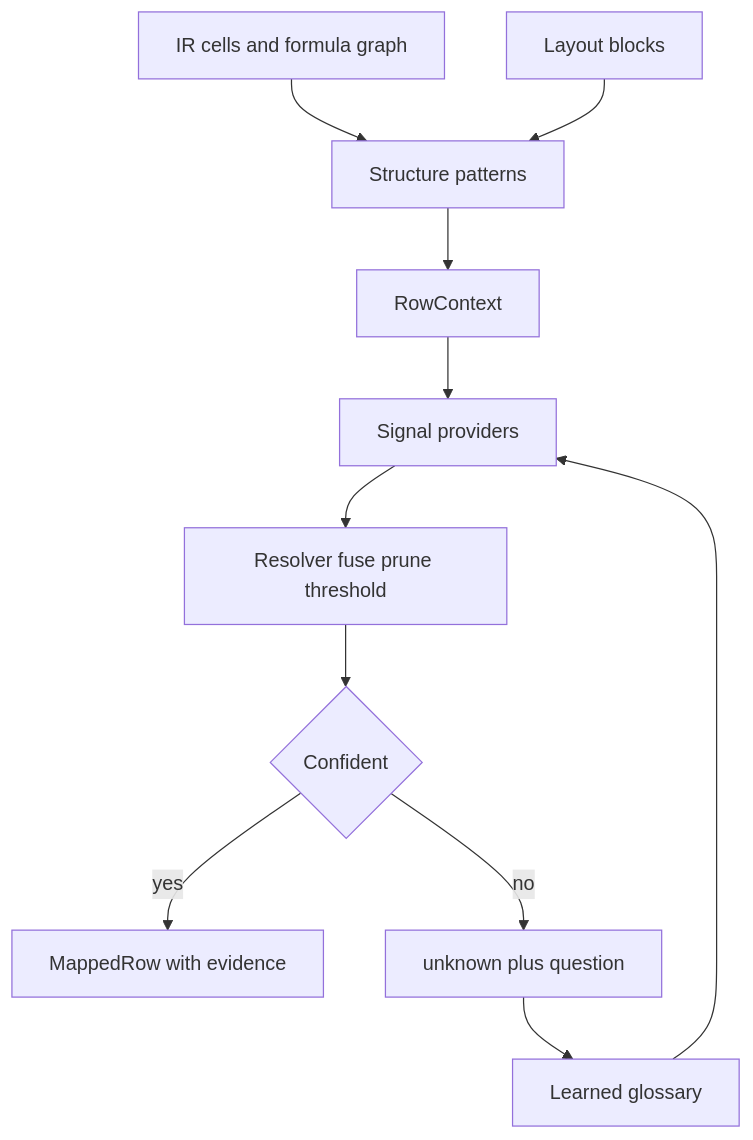
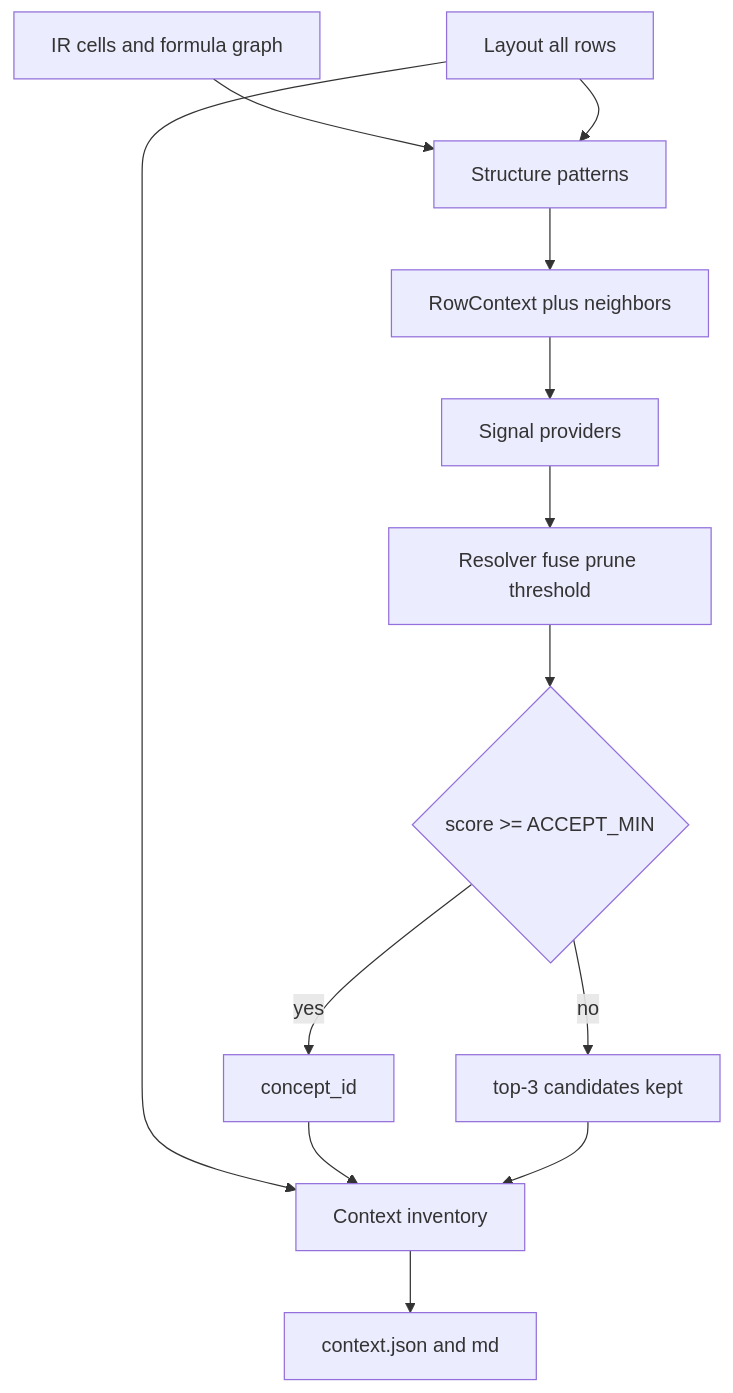
The second of 2 diagrams in docs/architecture.md (x0r1x/finance-context-builder), drawn with Mermaid before and after one commit. The commit also changed other lines of this file and 6 other files, not shown here.

First line of the commit message:
Document inventory-first context and feature scoring.

````diff
--- a/docs/architecture.md
+++ b/docs/architecture.md
@@ -53,13 +53,15 @@
 ```mermaid
 flowchart TD
   ir[IR cells and formula graph] --> struct[Structure patterns]
-  layout[Layout blocks] --> struct
-  struct --> ctx[RowContext]
+  layout[Layout all rows] --> inv[Context inventory]
+  layout --> struct
+  struct --> ctx[RowContext plus neighbors]
   ctx --> signals[Signal providers]
   signals --> resolver[Resolver fuse prune threshold]
-  resolver --> decide{Confident}
-  decide -->|yes| mapped[MappedRow with evidence]
-  decide -->|no| nil[unknown plus question]
-  nil --> gloss[Learned glossary]
-  gloss --> signals
+  resolver --> decide{score >= ACCEPT_MIN}
+  decide -->|yes| mapped[concept_id]
+  decide -->|no| cand[top-3 candidates kept]
+  mapped --> inv
+  cand --> inv
+  inv --> json[context.json and md]
 ```
````
